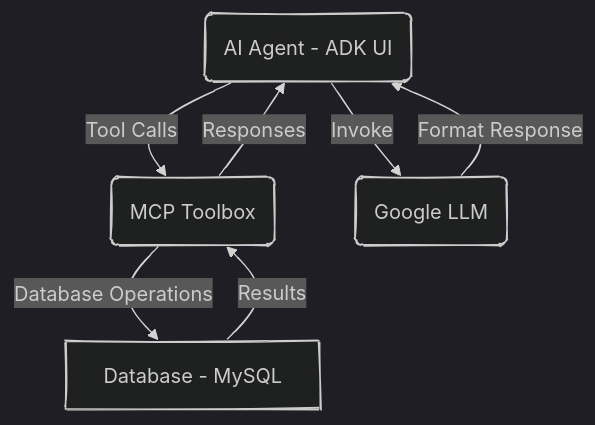
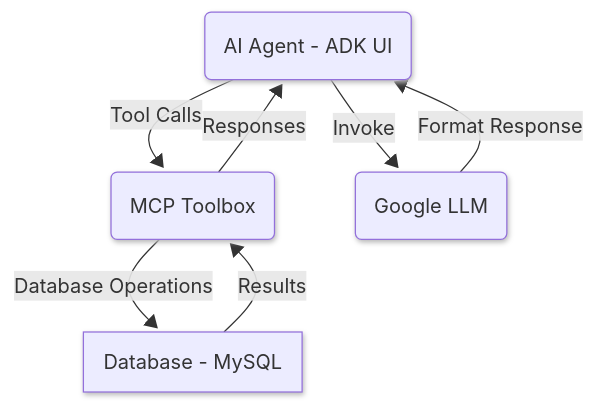
One commit to sarankumar2002/ai-agent-with-mcp changed the diagram in README.md. Above: the diagram before and after it, drawn with Mermaid.

````diff
--- a/README.md
+++ b/README.md
@@ -7,15 +7,15 @@
 ```mermaid
 ---
 config:
-  look: handDrawn
-  theme: dark
+  look: neo
+  theme: default
 ---
 graph TD;
     A(AI Agent - ADK UI) -->|Tool Calls| B(MCP Toolbox)
     A --> |Invoke| X(Google LLM)
     B -->|Database Operations| C[Database - MySQL]
     C -->|Results| B
     B -->|Responses| A
     X --> |Format Response| A
 
 ```
````
